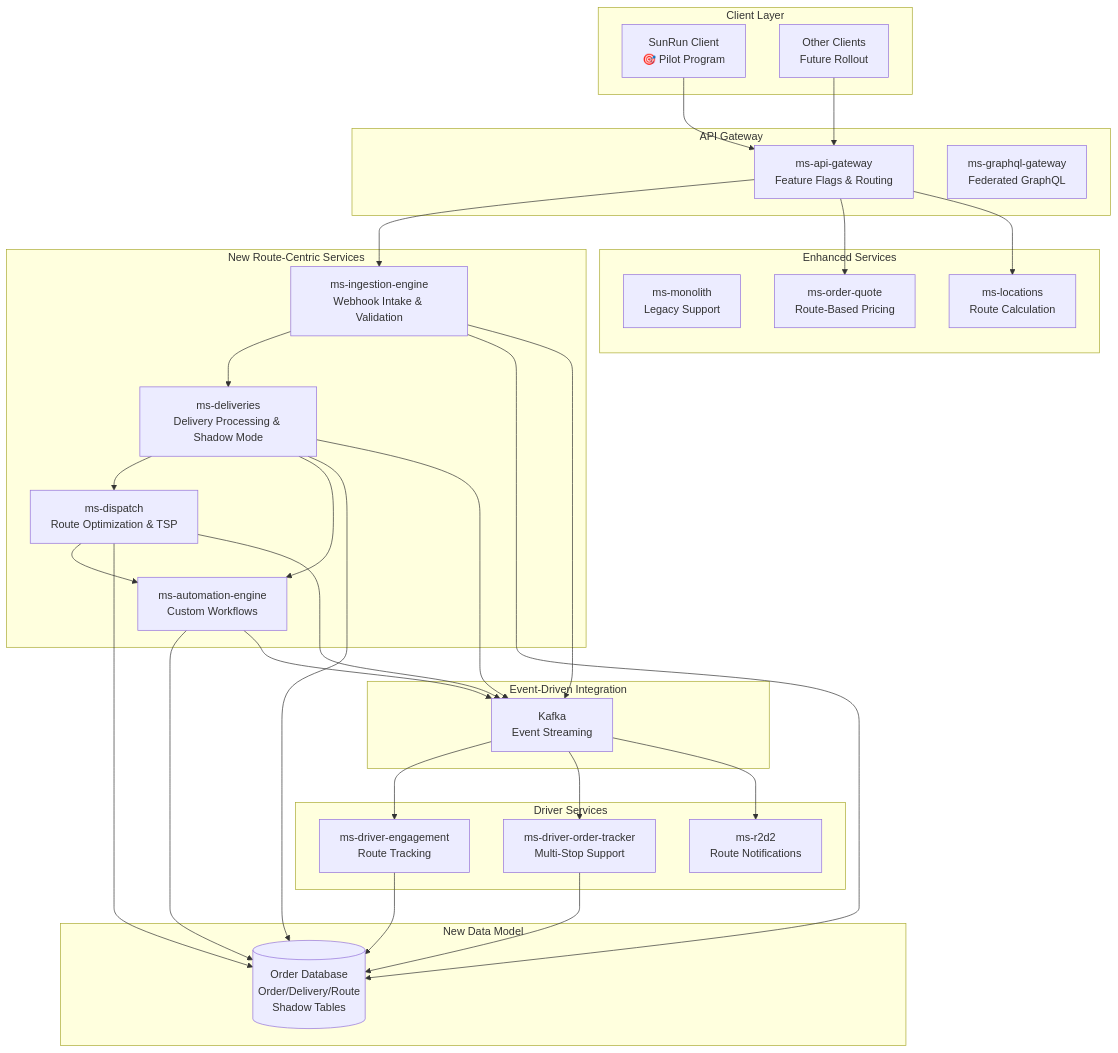
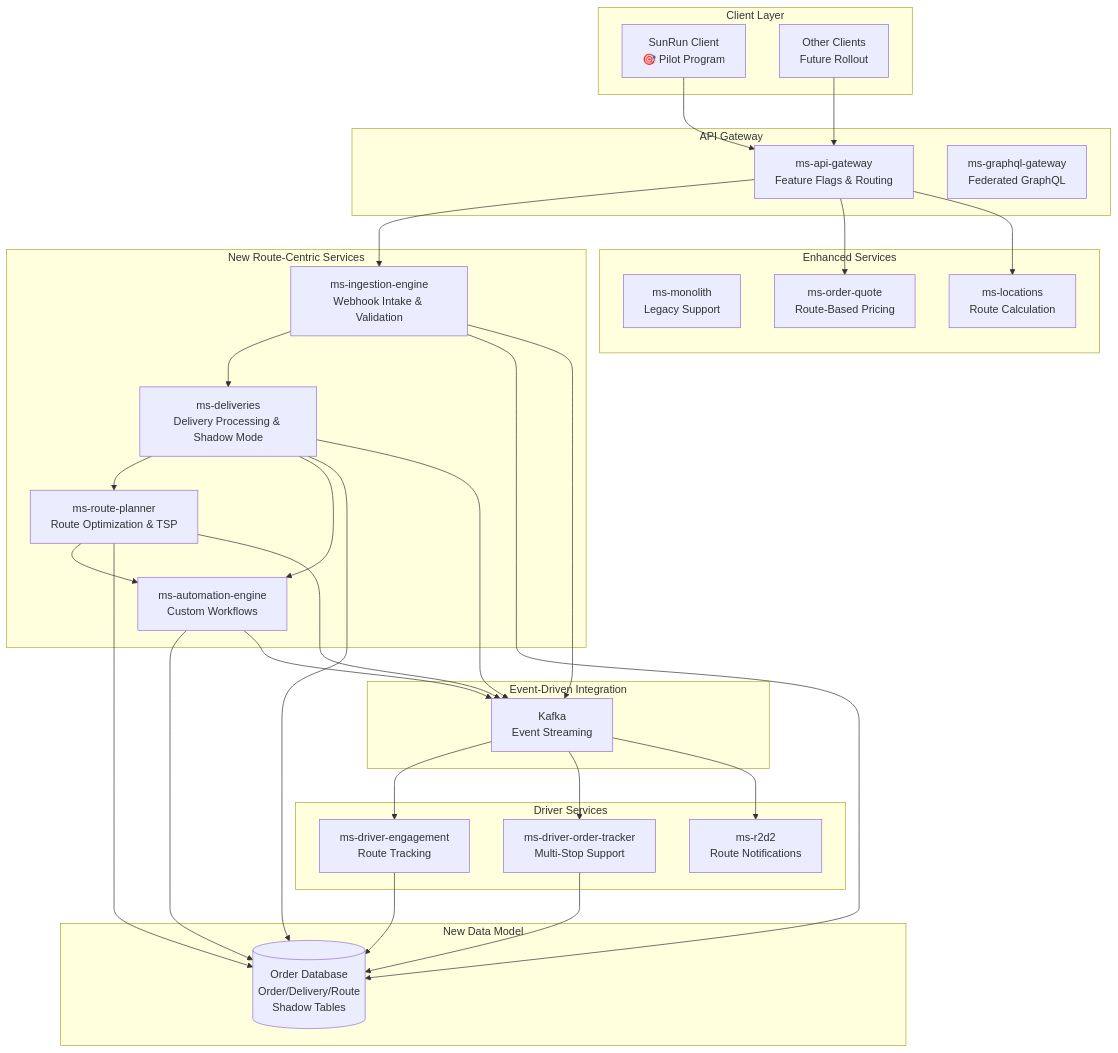
One commit to camronwood/neural-junkie changed the diagram in test-mermaid-wide.md. Above: the diagram before and after it, drawn with Mermaid. The commit also changed 52 other files, not shown here.

````diff
--- a/test-mermaid-wide.md
+++ b/test-mermaid-wide.md
@@ -7,68 +7,68 @@
 ```mermaid
 graph TB
     subgraph "Client Layer"
         SunRun[SunRun Client<br/>🎯 Pilot Program]
         OtherClients[Other Clients<br/>Future Rollout]
     end
     
     subgraph "API Gateway"
         APIGW[ms-api-gateway<br/>Feature Flags & Routing]
         GraphQL[ms-graphql-gateway<br/>Federated GraphQL]
     end
     
     subgraph "New Route-Centric Services"
         Ingestion[ms-ingestion-engine<br/>Webhook Intake & Validation]
         Deliveries[ms-deliveries<br/>Delivery Processing & Shadow Mode]
-        Dispatch[ms-dispatch<br/>Route Optimization & TSP]
+        RoutePlanner[ms-route-planner<br/>Route Optimization & TSP]
         Automation[ms-automation-engine<br/>Custom Workflows]
     end
     
     subgraph "Enhanced Services"
         Monolith[ms-monolith<br/>Legacy Support]
         OrderQuote[ms-order-quote<br/>Route-Based Pricing]
         Locations[ms-locations<br/>Route Calculation]
     end
     
     subgraph "Driver Services"
         DriverEngagement[ms-driver-engagement<br/>Route Tracking]
         DriverTracker[ms-driver-order-tracker<br/>Multi-Stop Support]
         R2D2[ms-r2d2<br/>Route Notifications]
     end
     
     subgraph "New Data Model"
         OrderDB[("Order Database<br/>Order/Delivery/Route<br/>Shadow Tables")]
     end
     
     subgraph "Event-Driven Integration"
         Kafka[Kafka<br/>Event Streaming]
     end
     
     %% Data Flow
     SunRun --> APIGW
     OtherClients --> APIGW
     APIGW --> Ingestion
     Ingestion --> Deliveries
     APIGW --> OrderQuote
     APIGW --> Locations
     
-    Deliveries --> Dispatch
+    Deliveries --> RoutePlanner
     Deliveries --> Automation
-    Dispatch --> Automation
+    RoutePlanner --> Automation
     
     Ingestion --> OrderDB
     Deliveries --> OrderDB
-    Dispatch --> OrderDB
+    RoutePlanner --> OrderDB
     Automation --> OrderDB
     
     Ingestion --> Kafka
     Deliveries --> Kafka
-    Dispatch --> Kafka
+    RoutePlanner --> Kafka
     Automation --> Kafka
     
     Kafka --> DriverEngagement
     Kafka --> DriverTracker
     Kafka --> R2D2
     
     DriverEngagement --> OrderDB
     DriverTracker --> OrderDB
 ```
````
